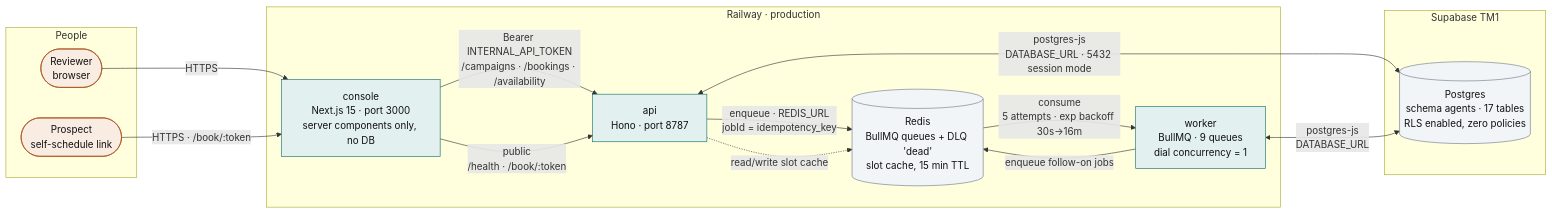
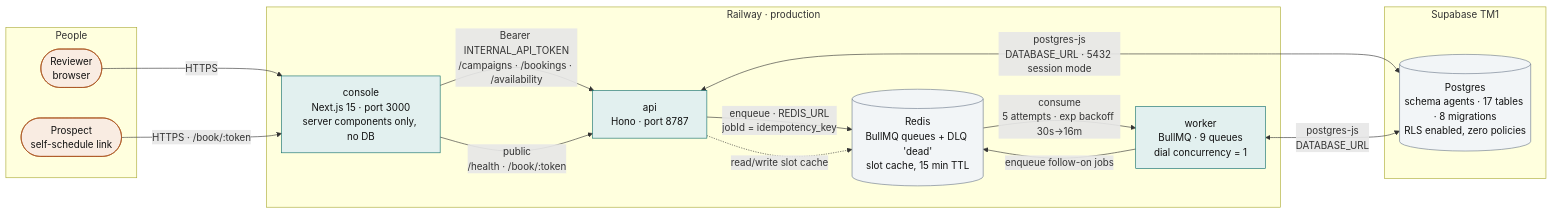
One commit to MAKaminski/tm-voice changed the first of 7 diagrams in docs/ARCHITECTURE.md. Above: the diagram before and after it, drawn with Mermaid. The commit also changed other lines of this file and 1 other file, not shown here.

````diff
--- a/docs/ARCHITECTURE.md
+++ b/docs/ARCHITECTURE.md
@@ -23,33 +23,33 @@
 ```mermaid
 flowchart LR
   classDef svc fill:#e2f0ef,stroke:#0e6d6a,color:#111
   classDef store fill:#f2f5f7,stroke:#6b788a,color:#111
   classDef human fill:#f9ece2,stroke:#a8501a,color:#111
 
   subgraph people["People"]
     reviewer(["Reviewer<br/>browser"]):::human
     booker(["Prospect<br/>self-schedule link"]):::human
   end
 
   subgraph railway["Railway · production"]
     console["console<br/>Next.js 15 · port 3000<br/>server components only, no DB"]:::svc
     api["api<br/>Hono · port 8787"]:::svc
     worker["worker<br/>BullMQ · 9 queues<br/>dial concurrency = 1"]:::svc
     redis[("Redis<br/>BullMQ queues + DLQ 'dead'<br/>slot cache, 15 min TTL")]:::store
   end
 
   subgraph supabase["Supabase TM1"]
-    pg[("Postgres<br/>schema agents · 17 tables<br/>RLS enabled, zero policies")]:::store
+    pg[("Postgres<br/>schema agents · 17 tables · 8 migrations<br/>RLS enabled, zero policies")]:::store
   end
 
   reviewer -->|"HTTPS"| console
   booker -->|"HTTPS · /book/:token"| console
   console -->|"Bearer INTERNAL_API_TOKEN<br/>/campaigns · /bookings · /availability"| api
   console -->|"public<br/>/health · /book/:token"| api
   api <-->|"postgres-js<br/>DATABASE_URL · 5432 session mode"| pg
   worker <-->|"postgres-js<br/>DATABASE_URL"| pg
   api -->|"enqueue · REDIS_URL<br/>jobId = idempotency_key"| redis
   redis -->|"consume<br/>5 attempts · exp backoff 30s→16m"| worker
   worker -->|"enqueue follow-on jobs"| redis
   api -.->|"read/write slot cache"| redis
 ```
````
